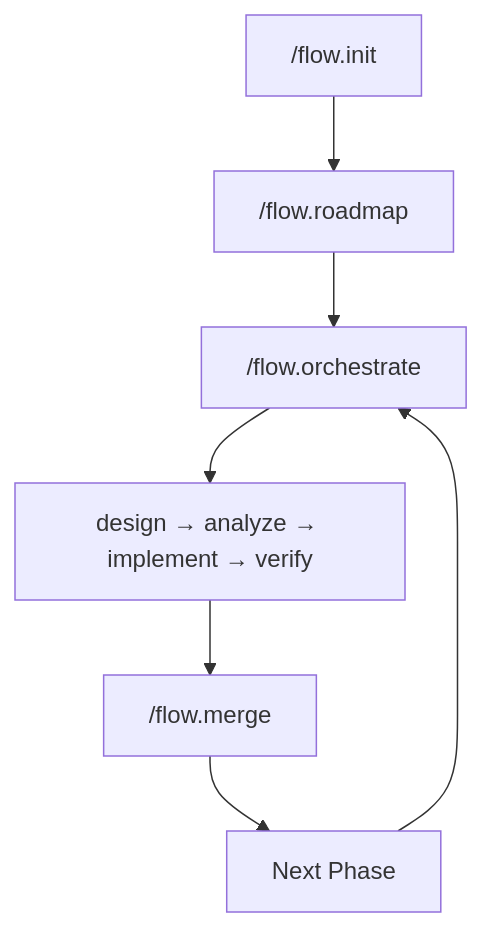
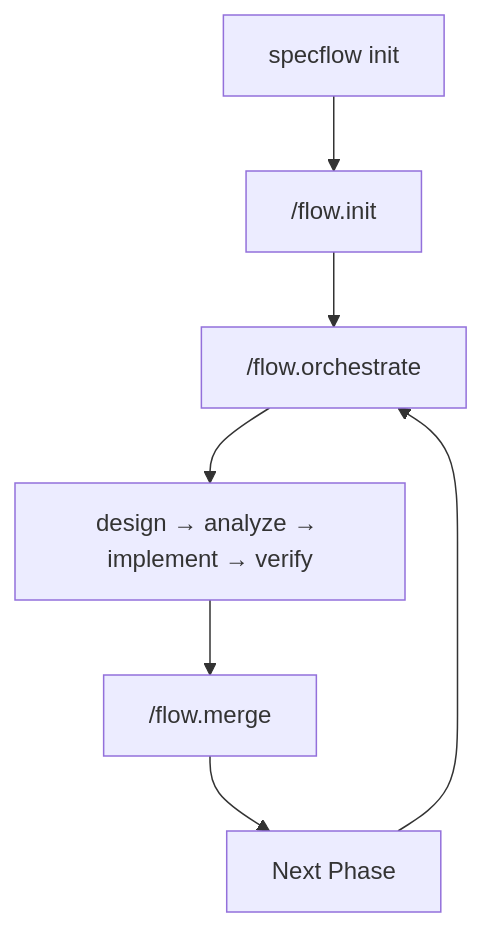
The diagram in README.md (wiseyoda/claude-speckit-orchestration), drawn with Mermaid before and after one commit. The commit also changed other lines of this file and 94 other files, not shown here.

````diff
--- a/README.md
+++ b/README.md
@@ -92,9 +92,9 @@
 ```mermaid
 flowchart TD
-    A["/flow.init"] --> B["/flow.roadmap"]
+    A["specflow init"] --> B["/flow.init"]
     B --> C["/flow.orchestrate"]
     C --> D["design → analyze → implement → verify"]
     D --> E["/flow.merge"]
     E --> F["Next Phase"]
     F --> C
 ```
````
